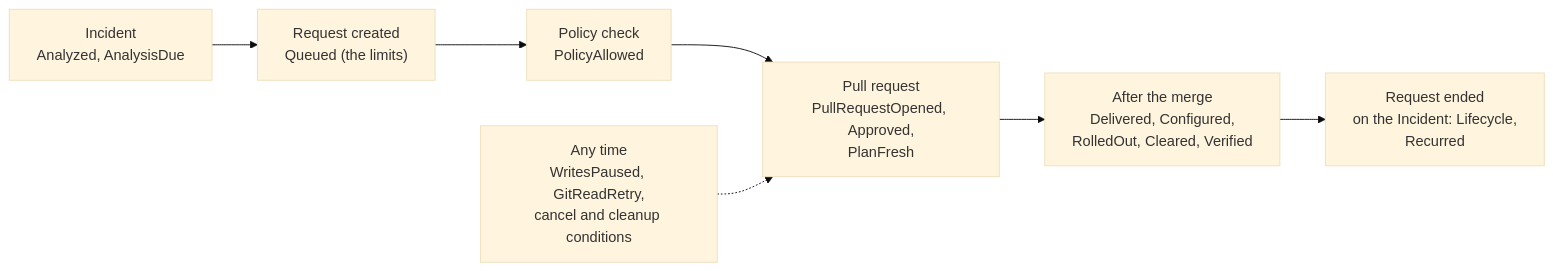
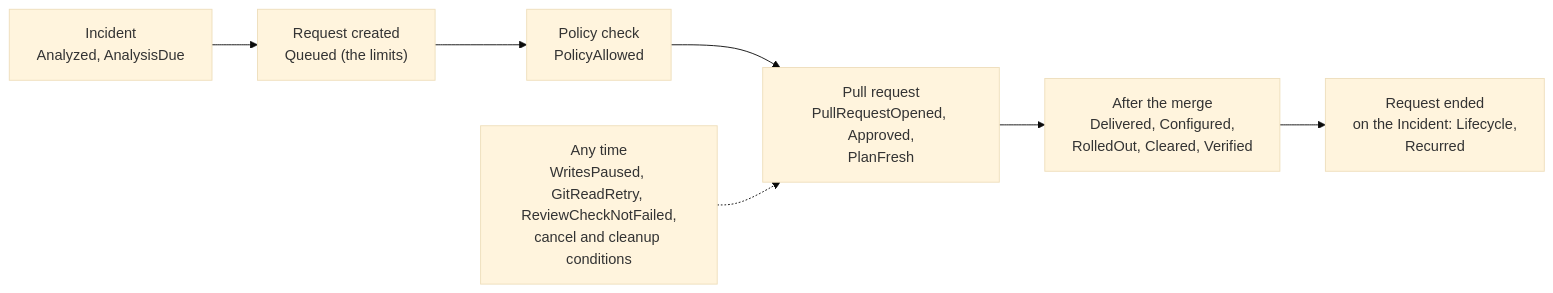
One commit to pkalin/shadewright changed the diagram in docs/reasons.md. Above: the diagram before and after it, drawn with Mermaid (base theme). The commit also changed other lines of this file and 14 other files, not shown here.

First line of the commit message:
fix(gitops): say when a stopped request's failed review check is not written

````diff
--- a/docs/reasons.md
+++ b/docs/reasons.md
@@ -18,9 +18,9 @@
 ```mermaid
 flowchart LR
   I["Incident<br/>Analyzed, AnalysisDue"] --> Q["Request created<br/>Queued (the limits)"]
   Q --> P["Policy check<br/>PolicyAllowed"]
   P --> R["Pull request<br/>PullRequestOpened, Approved,<br/>PlanFresh"]
   R --> M["After the merge<br/>Delivered, Configured,<br/>RolledOut, Cleared, Verified"]
   M --> L["Request ended<br/>on the Incident: Lifecycle,<br/>Recurred"]
-  A["Any time<br/>WritesPaused, GitReadRetry,<br/>cancel and cleanup conditions"] -.-> R
+  A["Any time<br/>WritesPaused, GitReadRetry, ReviewCheckNotFailed,<br/>cancel and cleanup conditions"] -.-> R
 ```
````
